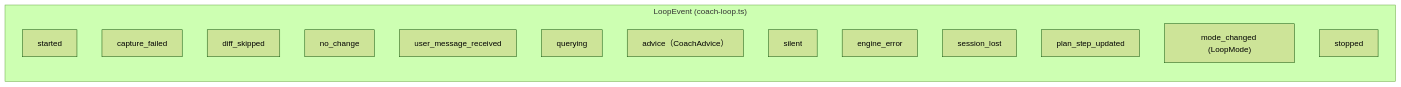
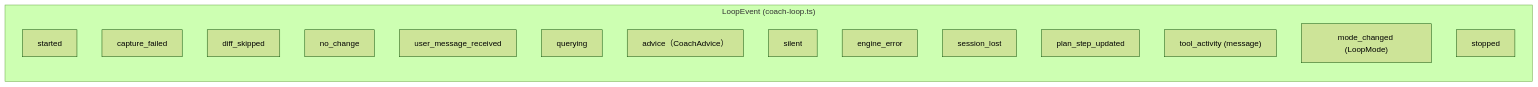
One commit to yukaorange/dcc_suport changed the eighth of 18 diagrams in packages/core/docs/reading-guide.md. Above: the diagram before and after it, drawn with Mermaid (forest theme). The commit also changed other lines of this file and 4 other files, not shown here.

````diff
--- a/packages/core/docs/reading-guide.md
+++ b/packages/core/docs/reading-guide.md
@@ -282,18 +282,19 @@
 ```mermaid
 graph LR
     subgraph "LoopEvent (coach-loop.ts)"
         started
         capture_failed
         diff_skipped
         no_change
         user_message_received
         querying
         advice["advice（CoachAdvice）"]
         silent
         engine_error
         session_lost
         plan_step_updated
+        tool_activity["tool_activity (message)"]
         mode_changed["mode_changed (LoopMode)"]
         stopped
     end
 ```
````
